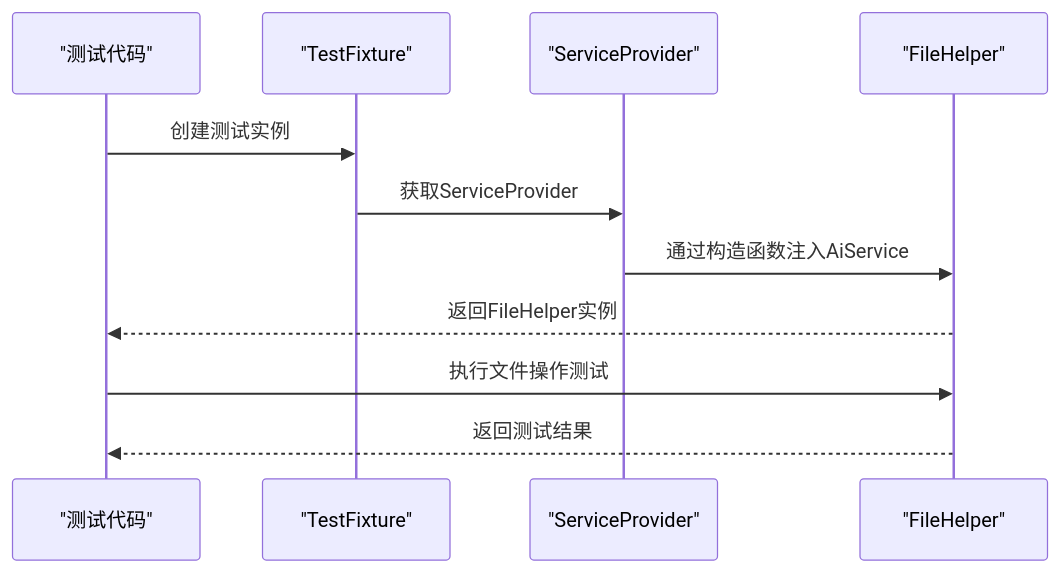
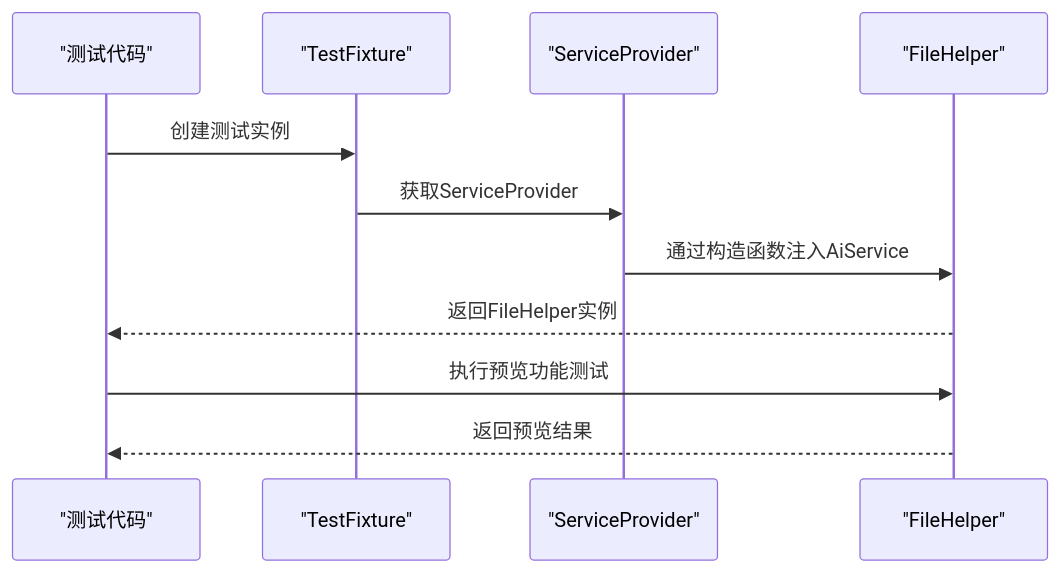
One commit to Sosososolong/AirGo changed the eighth of 8 diagrams in .qoder/repowiki/zh/content/工具库详解/文件操作工具.md. Above: the diagram before and after it, drawn with Mermaid. The commit also changed other lines of this file and 12 other files, not shown here.

````diff
--- a/.qoder/repowiki/zh/content/工具库详解/文件操作工具.md
+++ b/.qoder/repowiki/zh/content/工具库详解/文件操作工具.md
@@ -333,13 +437,13 @@
 ```mermaid
 sequenceDiagram
 participant Test as "测试代码"
 participant TF as "TestFixture"
 participant SP as "ServiceProvider"
 participant FH as "FileHelper"
 Test->>TF : 创建测试实例
 TF->>SP : 获取ServiceProvider
 SP->>FH : 通过构造函数注入AiService
 FH-->>Test : 返回FileHelper实例
-Test->>FH : 执行文件操作测试
-FH-->>Test : 返回测试结果
+Test->>FH : 执行预览功能测试
+FH-->>Test : 返回预览结果
 ```
````
